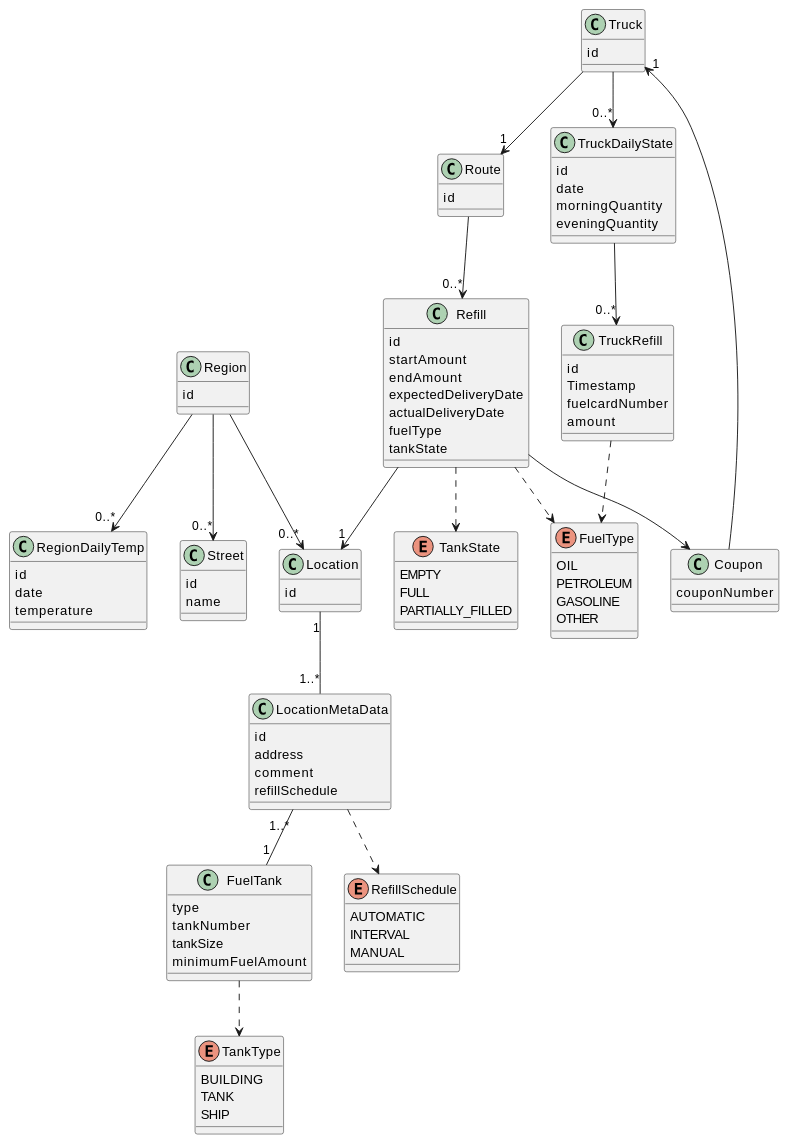
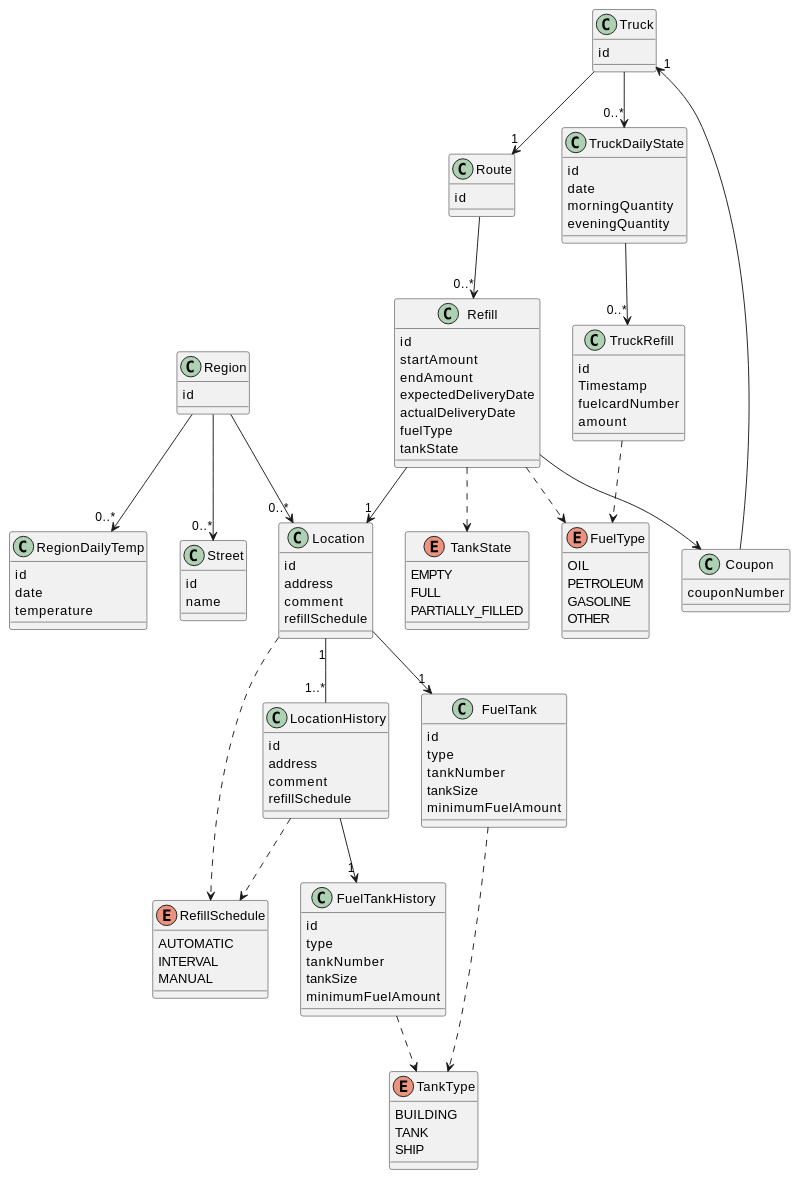
One commit to IT-Minds/client_comby_oilcontrols changed the diagram in docs/entity-datamodel.md. Above: the diagram before and after it, drawn with PlantUML. The commit also changed 4 other files, not shown here.

````diff
--- a/docs/entity-datamodel.md
+++ b/docs/entity-datamodel.md
@@ -14,9 +14,12 @@
 
 class Location {
   id
+  address
+  comment
+  refillSchedule
 }
 
-class LocationMetaData {
+class LocationHistory {
   id
   address
   comment
@@ -24,6 +27,7 @@
 }
 
 class FuelTank {
+  id
   type
   tankNumber
   tankSize
@@ -98,6 +102,14 @@
   couponNumber
 }
 
+class FuelTankHistory {
+  id
+  type
+  tankNumber
+  tankSize
+  minimumFuelAmount
+}
+
 Truck --> "1" Route
 Route --> "0..*" Refill
 Refill --> "1" Location
@@ -113,9 +125,12 @@
 TruckRefill ..> FuelType
 Region --> "0..*" Street
 
-LocationMetaData "1..*" -- "1" FuelTank
-LocationMetaData ..> RefillSchedule
-Location "1" -- "1..*" LocationMetaData
+Location --> "1" FuelTank
+Location ..> RefillSchedule
+LocationHistory --> "1" FuelTankHistory
+LocationHistory ..> RefillSchedule
+Location "1" -- "1..*" LocationHistory
+FuelTankHistory ..> TankType
 @enduml
 
 ```
````
